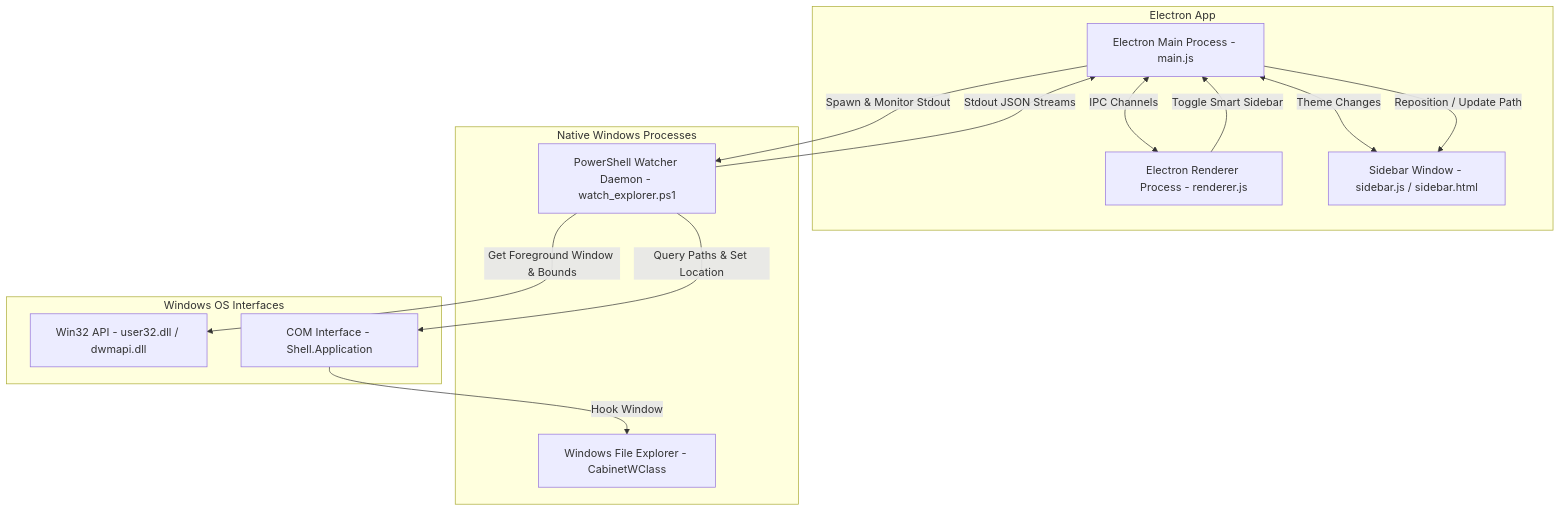
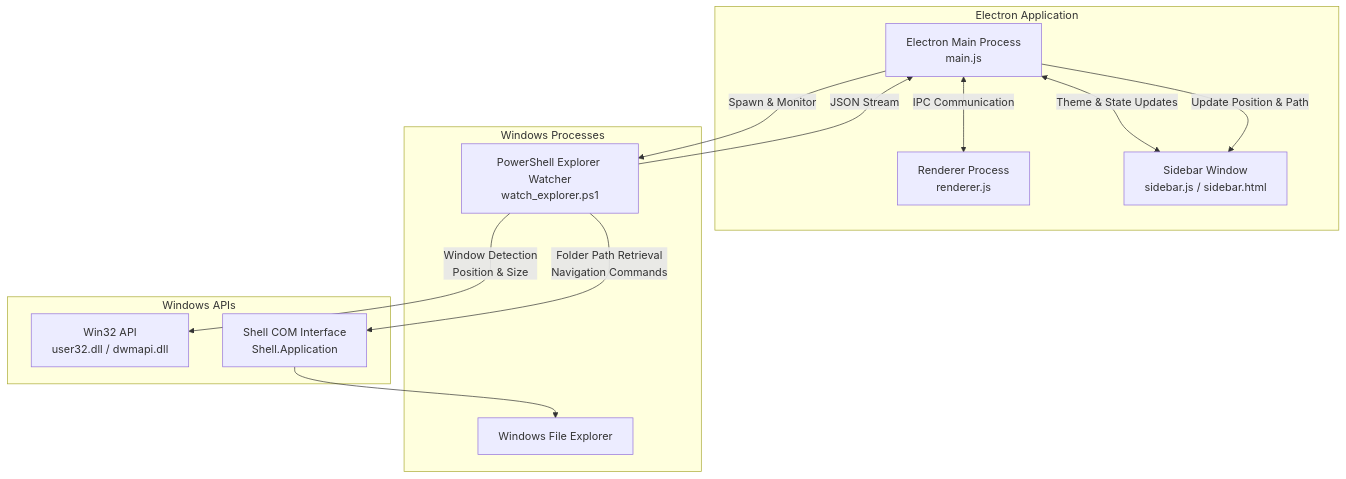
The diagram in README.md (Danidu-Muhandiram/Windows-Explorer-Folder-Tree), drawn with Mermaid before and after one commit. The commit also changed other lines of this file, not shown here.

````diff
--- a/README.md
+++ b/README.md
@@ -29,28 +102,34 @@
 ```mermaid
 graph TD
-    subgraph Electron App
-        Main[Electron Main Process - main.js]
-        Renderer[Electron Renderer Process - renderer.js]
-        Sidebar[Sidebar Window - sidebar.js / sidebar.html]
+
+    subgraph Electron Application
+        Main[Electron Main Process<br/>main.js]
+        Renderer[Renderer Process<br/>renderer.js]
+        Sidebar[Sidebar Window<br/>sidebar.js / sidebar.html]
     end
 
-    subgraph Native Windows Processes
-        PS[PowerShell Watcher Daemon - watch_explorer.ps1]
-        Explorer[Windows File Explorer - CabinetWClass]
+    subgraph Windows Processes
+        PS[PowerShell Explorer Watcher<br/>watch_explorer.ps1]
+        Explorer[Windows File Explorer]
     end
 
-    subgraph Windows OS Interfaces
-        Win32[Win32 API - user32.dll / dwmapi.dll]
-        COM[COM Interface - Shell.Application]
+    subgraph Windows APIs
+        Win32[Win32 API<br/>user32.dll / dwmapi.dll]
+        COM[Shell COM Interface<br/>Shell.Application]
     end
 
-    Main <-->|IPC Channels| Renderer
-    Main <-->|Theme Changes| Sidebar
-    Main -->|Spawn & Monitor Stdout| PS
-    PS -->|Get Foreground Window & Bounds| Win32
-    PS -->|Query Paths & Set Location| COM
-    COM -->|Hook Window| Explorer
-    PS -->|Stdout JSON Streams| Main
-    Main -->|Reposition / Update Path| Sidebar
-    Renderer -->|Toggle Smart Sidebar| Main
+
+    Main <-->|IPC Communication| Renderer
+    Main <-->|Theme & State Updates| Sidebar
+
+    Main -->|Spawn & Monitor| PS
+
+    PS -->|Window Detection<br/>Position & Size| Win32
+    PS -->|Folder Path Retrieval<br/>Navigation Commands| COM
+
+    COM --> Explorer
+
+    PS -->|JSON Stream| Main
+
+    Main -->|Update Position & Path| Sidebar
 ```
````
